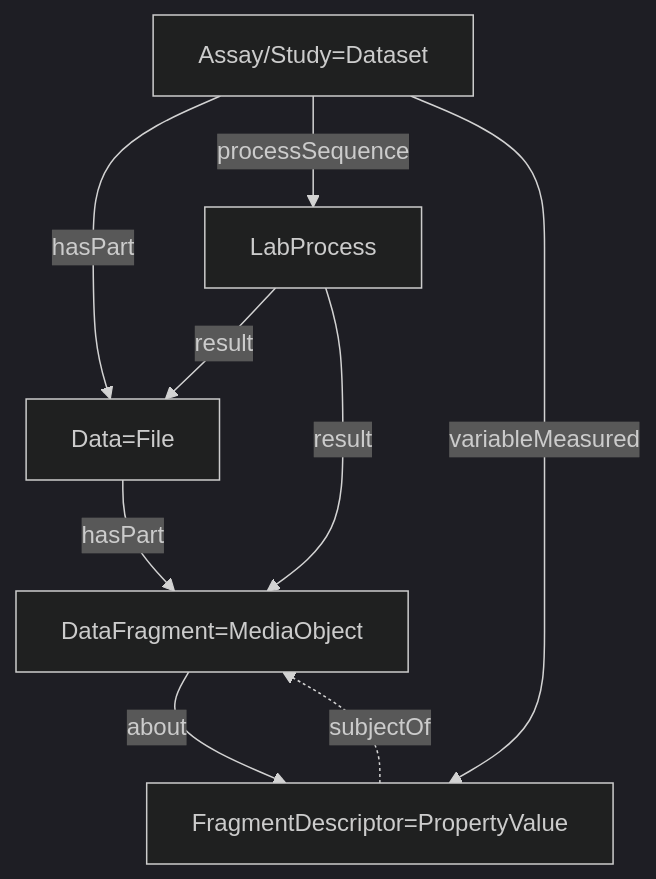
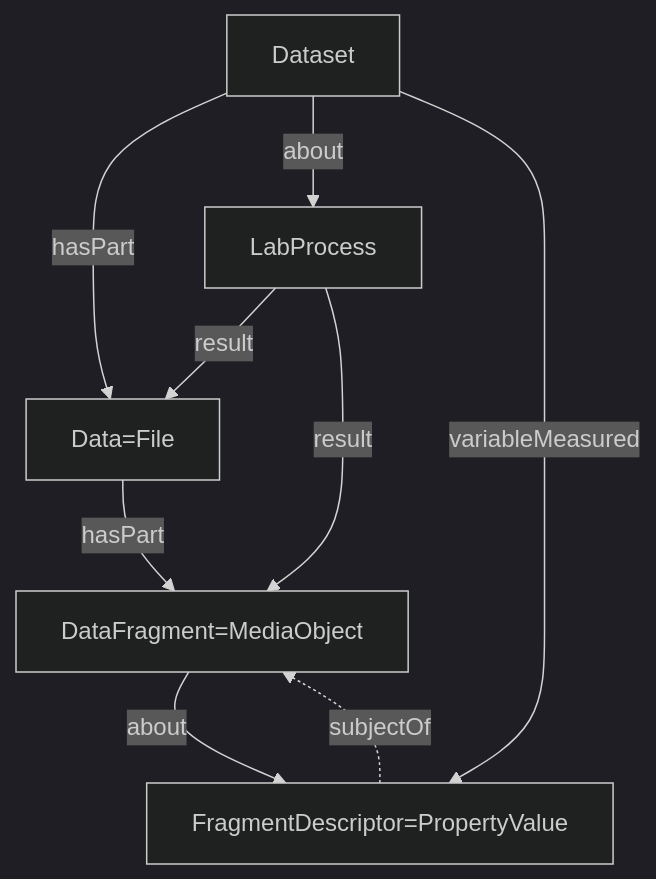
One commit to nfdi4plants/arc-datamap-ro-crate-profile changed the diagram in profile/arc_datamap_ro_crate.md. Above: the diagram before and after it, drawn with Mermaid (dark theme). The commit also changed other lines of this file, not shown here.

Commit message:
replaced assay profile by minimal dataset profile

````diff
--- a/profile/arc_datamap_ro_crate.md
+++ b/profile/arc_datamap_ro_crate.md
@@ -15,25 +15,25 @@
 ```mermaid
 flowchart TD
 
-dataset[Assay/Study=Dataset]
+dataset[Dataset]
 
 Process[LabProcess]
 
 DataFile[Data=File]
 DataFragment[DataFragment=MediaObject]
 
 prop[FragmentDescriptor=PropertyValue]
 
 DataFile --hasPart--> DataFragment
 dataset --hasPart--> DataFile
 
 DataFragment --about--> prop
 prop -.subjectOf.-> DataFragment
 
 Process --result--> DataFile
 Process --result--> DataFragment
 
-dataset --processSequence--> Process
+dataset --about--> Process
 dataset --variableMeasured--> prop
 
 ```
````
